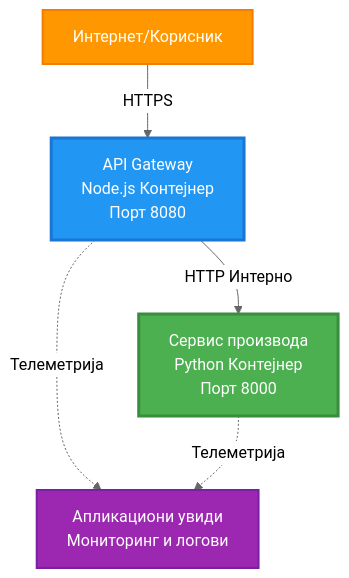
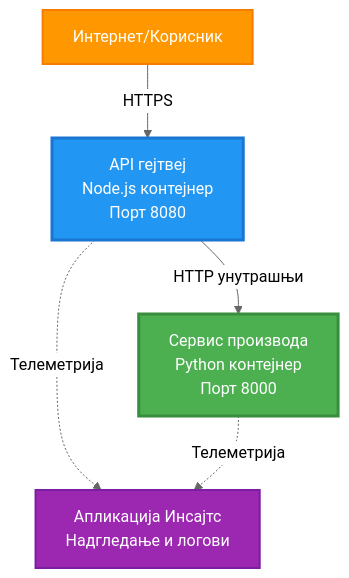
One commit to microsoft/AZD-for-beginners changed the first of 4 diagrams in translations/sr/examples/microservices/README.md. Above: the diagram before and after it, drawn with Mermaid (neutral theme). The commit also changed other lines of this file and 242 other files, not shown here.

````diff
--- a/translations/sr/examples/microservices/README.md
+++ b/translations/sr/examples/microservices/README.md
@@ -40,17 +31,17 @@
 ```mermaid
 graph TB
     Internet[Интернет/Корисник]
-    Gateway[API Gateway<br/>Node.js Контејнер<br/>Порт 8080]
-    Product[Сервис производа<br/>Python Контејнер<br/>Порт 8000]
-    AppInsights[Апликациони увиди<br/>Мониторинг и логови]
+    Gateway[API гејтвеј<br/>Node.js контејнер<br/>Порт 8080]
+    Product[Сервис производа<br/>Python контејнер<br/>Порт 8000]
+    AppInsights[Апликација Инсајтс<br/>Надгледање и логови]
     
     Internet -->|HTTPS| Gateway
-    Gateway -->|HTTP Интерно| Product
+    Gateway -->|HTTP унутрашњи| Product
     Gateway -.->|Телеметрија| AppInsights
     Product -.->|Телеметрија| AppInsights
     
     style Gateway fill:#2196F3,stroke:#1976D2,stroke-width:3px,color:#fff
     style Product fill:#4CAF50,stroke:#388E3C,stroke-width:3px,color:#fff
     style Internet fill:#FF9800,stroke:#F57C00,stroke-width:2px,color:#fff
     style AppInsights fill:#9C27B0,stroke:#7B1FA2,stroke-width:2px,color:#fff
 ```
````
